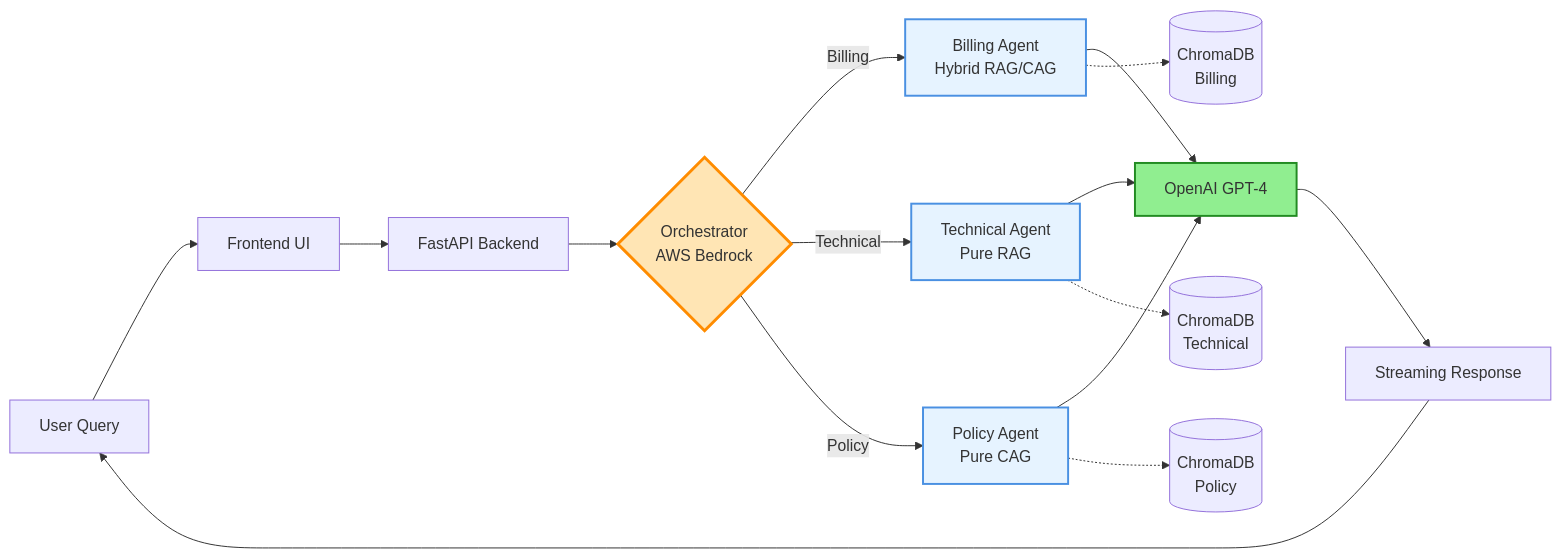
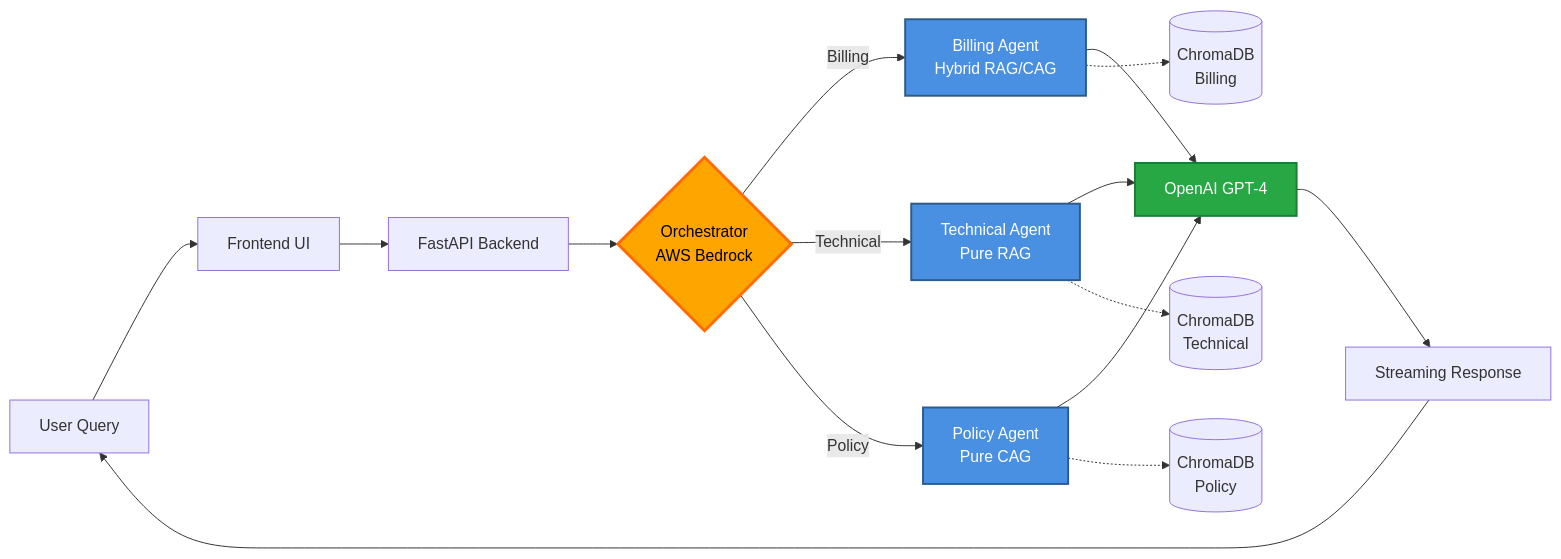
One commit to fly2safa/multi-agent-customer-service changed the diagram in README.md. Above: the diagram before and after it, drawn with Mermaid.

Commit message:
fix: Improve flowchart color contrast for better readability
- Orchestrator: Bright orange with black text (was pale beige)
- Agents: Solid blue with white text (was light blue)
- OpenAI GPT-4: Darker green with white text (was light green)
- All colors now have high contrast for easy reading

````diff
--- a/README.md
+++ b/README.md
@@ -18,24 +18,24 @@
 ```mermaid
 graph LR
     A[User Query] --> B[Frontend UI]
     B --> C[FastAPI Backend]
     C --> D{Orchestrator<br/>AWS Bedrock}
     D -->|Billing| E[Billing Agent<br/>Hybrid RAG/CAG]
     D -->|Technical| F[Technical Agent<br/>Pure RAG]
     D -->|Policy| G[Policy Agent<br/>Pure CAG]
     E --> H[OpenAI GPT-4]
     F --> H
     G --> H
     H --> I[Streaming Response]
     I --> A
     
     E -.-> J[(ChromaDB<br/>Billing)]
     F -.-> K[(ChromaDB<br/>Technical)]
     G -.-> L[(ChromaDB<br/>Policy)]
     
-    style D fill:#FFE5B4,stroke:#FF8C00,stroke-width:3px
-    style E fill:#E6F3FF,stroke:#4A90E2,stroke-width:2px
-    style F fill:#E6F3FF,stroke:#4A90E2,stroke-width:2px
-    style G fill:#E6F3FF,stroke:#4A90E2,stroke-width:2px
-    style H fill:#90EE90,stroke:#228B22,stroke-width:2px
+    style D fill:#FFA500,stroke:#FF6B00,stroke-width:3px,color:#000
+    style E fill:#4A90E2,stroke:#2E5C8A,stroke-width:2px,color:#FFF
+    style F fill:#4A90E2,stroke:#2E5C8A,stroke-width:2px,color:#FFF
+    style G fill:#4A90E2,stroke:#2E5C8A,stroke-width:2px,color:#FFF
+    style H fill:#28A745,stroke:#1E7B34,stroke-width:2px,color:#FFF
 ```
````
